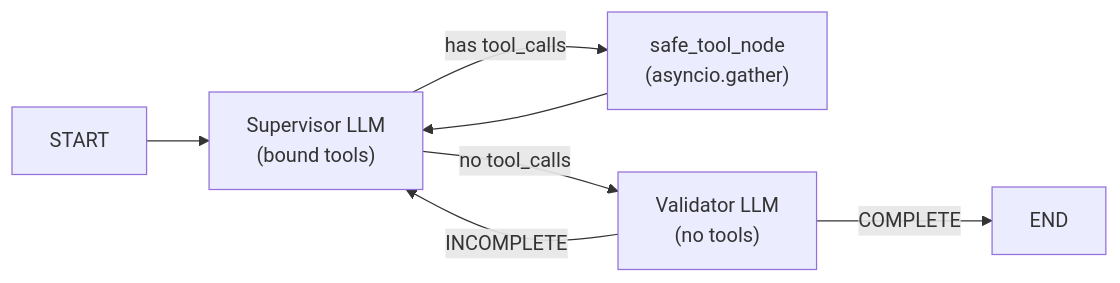
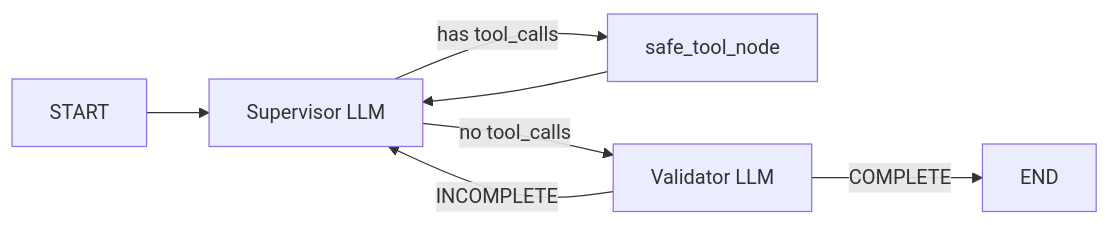
One commit to TaN1AnT/AI-Assistant changed the second of 2 diagrams in docs/system_documentation.md. Above: the diagram before and after it, drawn with Mermaid. The commit also changed other lines of this file and 1349 other files, not shown here.

````diff
--- a/docs/system_documentation.md
+++ b/docs/system_documentation.md
@@ -87,9 +60,9 @@
 ```mermaid
 graph LR
-    START --> S["Supervisor LLM<br/>(bound tools)"]
-    S -->|"has tool_calls"| T["safe_tool_node<br/>(asyncio.gather)"]
-    S -->|"no tool_calls"| V["Validator LLM<br/>(no tools)"]
+    START --> S["Supervisor LLM"]
+    S -->|"has tool_calls"| T["safe_tool_node"]
+    S -->|"no tool_calls"| V["Validator LLM"]
     T --> S
     V -->|"INCOMPLETE"| S
     V -->|"COMPLETE"| END
 ```
````
